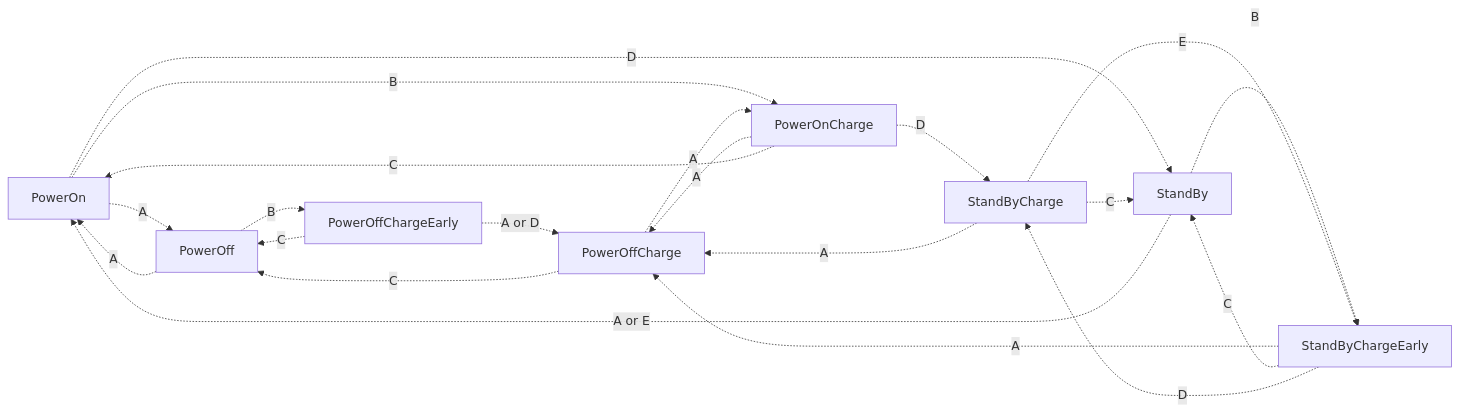
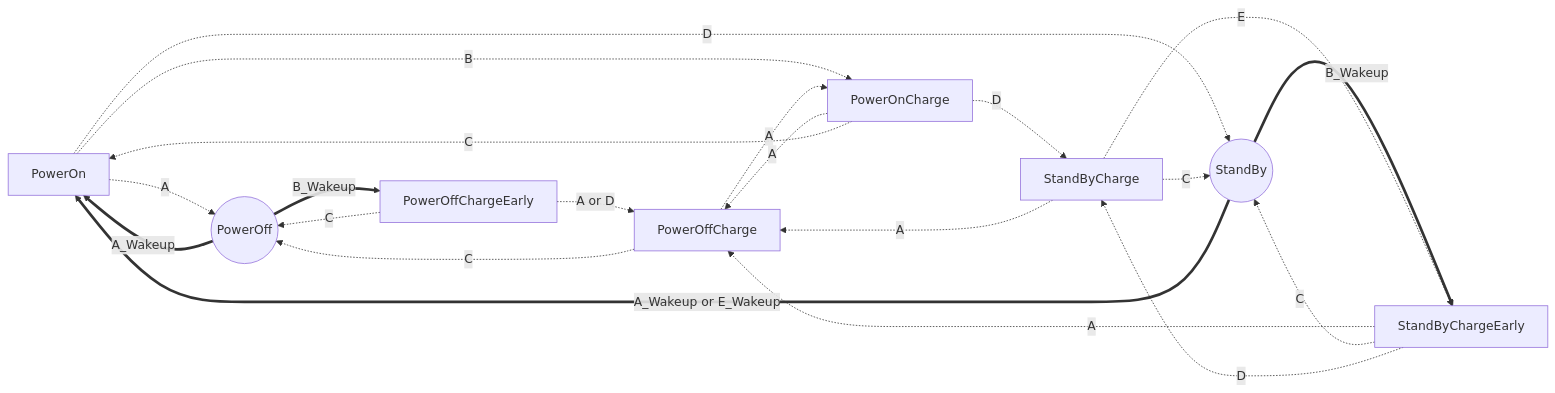
One commit to heray1990/P201-Pump changed the diagram in README.md. Above: the diagram before and after it, drawn with Mermaid. The commit also changed other lines of this file, not shown here.

Commit message:
Update README.md 1. 添加系统状态说明 2. 更新系统状态转换流程图

````diff
--- a/README.md
+++ b/README.md
@@ -117,23 +126,23 @@
 ```mermaid
 graph LR
-	0u[PowerOn] -. A .-> 5u[PowerOff]
+	0u[PowerOn] -. A .-> 5u((PowerOff))
 	0u[PowerOn] -. B .-> 1u[PowerOnCharge]
-	0u[PowerOn] -. D .-> 2u[StandBy]
+	0u[PowerOn] -. D .-> 2u((StandBy))
 	1u[PowerOnCharge] -. A .-> 7u[PowerOffCharge]
 	1u[PowerOnCharge] -. C .-> 0u[PowerOn]
 	1u[PowerOnCharge] -. D .-> 4u[StandByCharge]
-	2u[StandBy] -. A or E .-> 0u[PowerOn]
-	2u[StandBy] -. B .-> 3u[StandByChargeEarly]
+	2u((StandBy)) == A_Wakeup or E_Wakeup ==> 0u[PowerOn]
+	2u((StandBy)) == B_Wakeup ==> 3u[StandByChargeEarly]
 	3u[StandByChargeEarly] -. A .-> 7u[PowerOffCharge]
-	3u[StandByChargeEarly] -. C .-> 2u[StandBy]
+	3u[StandByChargeEarly] -. C .-> 2u((StandBy))
 	3u[StandByChargeEarly] -. D .-> 4u[StandByCharge]
 	4u[StandByCharge] -. A .-> 7u[PowerOffCharge]
-	4u[StandByCharge] -. C .-> 2u[StandBy]
+	4u[StandByCharge] -. C .-> 2u((StandBy))
 	4u[StandByCharge] -. E .-> 3u[StandByChargeEarly]
-	5u[PowerOff] -. A .-> 0u[PowerOn]
-	5u[PowerOff] -. B .-> 6u[PowerOffChargeEarly]
+	5u((PowerOff)) == A_Wakeup ==> 0u[PowerOn]
+	5u((PowerOff)) == B_Wakeup ==> 6u[PowerOffChargeEarly]
 	6u[PowerOffChargeEarly] -. A or D .-> 7u[PowerOffCharge]
-	6u[PowerOffChargeEarly] -. C .-> 5u[PowerOff]
+	6u[PowerOffChargeEarly] -. C .-> 5u((PowerOff))
 	7u[PowerOffCharge] -. A .-> 1u[PowerOnCharge]
-	7u[PowerOffCharge] -. C .-> 5u[PowerOff]
+	7u[PowerOffCharge] -. C .-> 5u((PowerOff))
 ```
````
